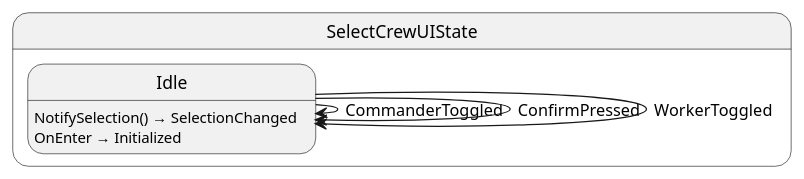
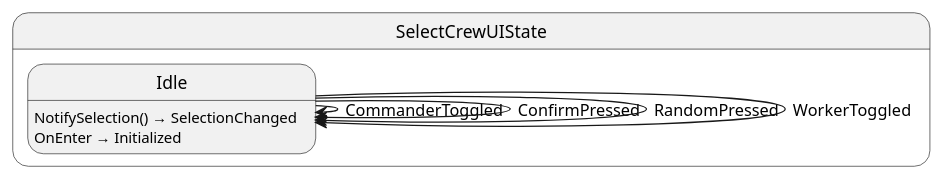
One commit to Ygoat/EternalJourney changed the diagram in src/select_ui/state/SelectCrewUILogic.g.puml. Above: the diagram before and after it, drawn with PlantUML. The commit also changed 63 other files, not shown here.

```diff
--- a/src/select_ui/state/SelectCrewUILogic.g.puml
+++ b/src/select_ui/state/SelectCrewUILogic.g.puml
@@ -1,12 +1,13 @@
 @startuml SelectCrewUIState
 state "SelectCrewUIState" as EternalJourney_SelectUI_State_SelectCrewUIState {
   state "Idle" as EternalJourney_SelectUI_State_SelectCrewUIState_Idle
 }
 
 EternalJourney_SelectUI_State_SelectCrewUIState_Idle --> EternalJourney_SelectUI_State_SelectCrewUIState_Idle : CommanderToggled
 EternalJourney_SelectUI_State_SelectCrewUIState_Idle --> EternalJourney_SelectUI_State_SelectCrewUIState_Idle : ConfirmPressed
+EternalJourney_SelectUI_State_SelectCrewUIState_Idle --> EternalJourney_SelectUI_State_SelectCrewUIState_Idle : RandomPressed
 EternalJourney_SelectUI_State_SelectCrewUIState_Idle --> EternalJourney_SelectUI_State_SelectCrewUIState_Idle : WorkerToggled
 
 EternalJourney_SelectUI_State_SelectCrewUIState_Idle : NotifySelection() → SelectionChanged
 EternalJourney_SelectUI_State_SelectCrewUIState_Idle : OnEnter → Initialized
 @enduml
```
